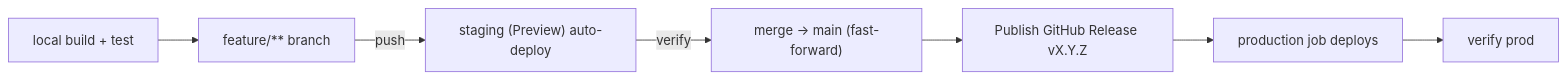
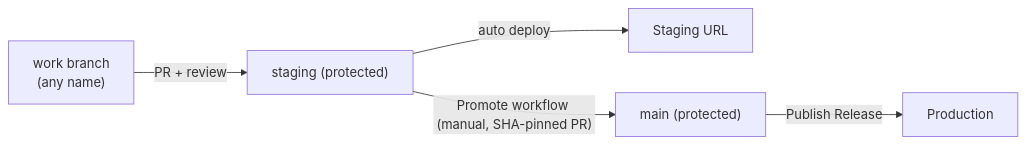
Before and after one commit to reno47/Relax: the second of 2 diagrams in docs/deployment.md, drawn with Mermaid. The commit also changed other lines of this file and 3 other files, not shown here.

Commit message:
ci: add staging-branch workflow and PR-based promotion to main

````diff
--- a/docs/deployment.md
+++ b/docs/deployment.md
@@ -115,9 +121,7 @@
 ```mermaid
 flowchart LR
-  dev["local build + test"] --> br["feature/** branch"]
-  br -->|push| stg["staging (Preview) auto-deploy"]
-  stg -->|verify| merge["merge → main (fast-forward)"]
-  merge --> rel["Publish GitHub Release vX.Y.Z"]
-  rel --> prod["production job deploys"]
-  prod --> verify["verify prod"]
+  f["work branch<br/>(any name)"] -->|"PR + review"| stg["staging (protected)"]
+  stg -->|"auto deploy"| se["Staging URL"]
+  stg -->|"Promote workflow (manual, SHA-pinned PR)"| main["main (protected)"]
+  main -->|"Publish Release"| prod["Production"]
 ```
````
